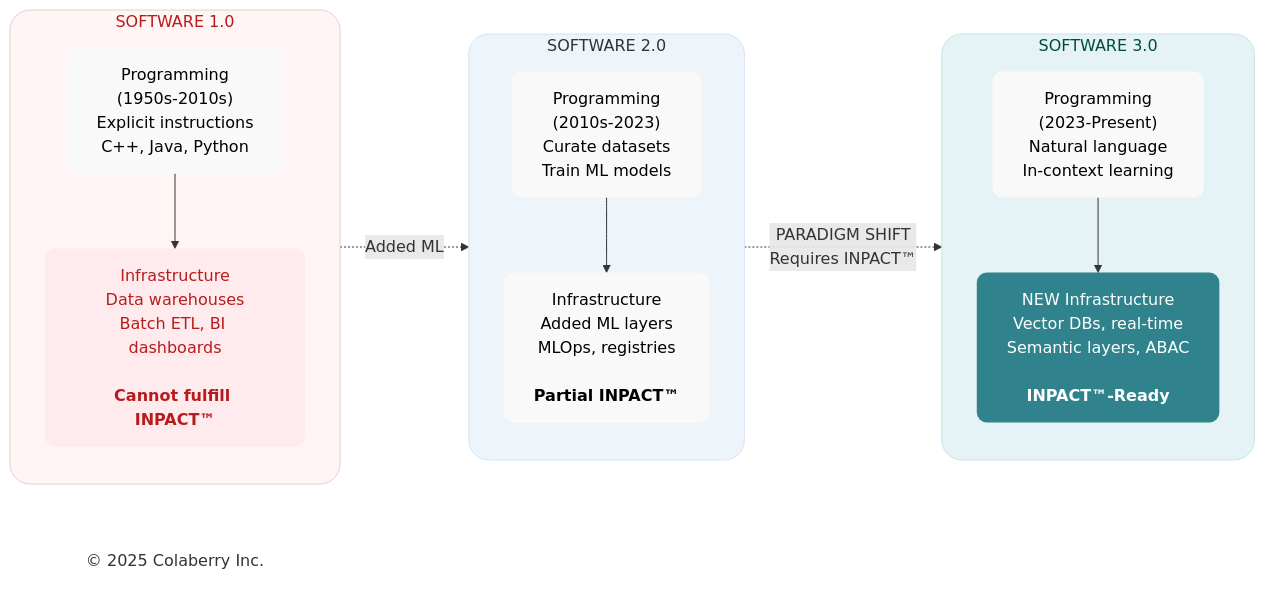
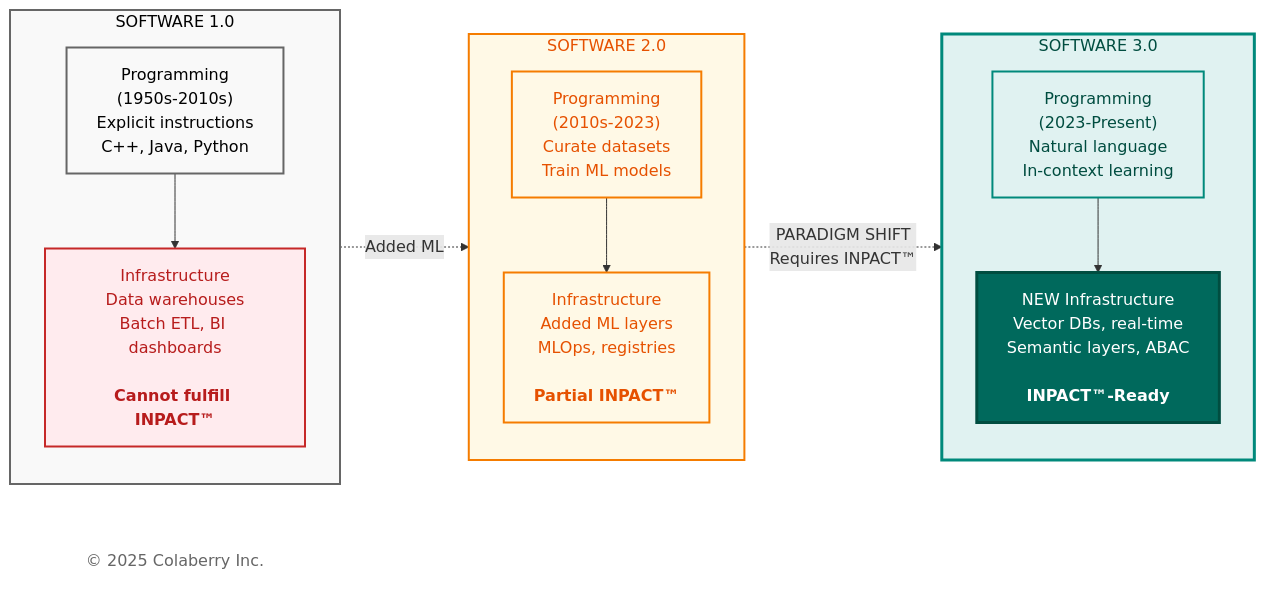
The third of 6 diagrams in manuscript/02_chapter_1_why_agents_fail.md (saitejesh-cyber/trust-before-intelligence-book), drawn with Mermaid before and after one commit. The commit also changed other lines of this file and 12 other files, not shown here.

Commit message:
Restore legacy Mermaid styles for Option 1

````diff
--- a/manuscript/02_chapter_1_why_agents_fail.md
+++ b/manuscript/02_chapter_1_why_agents_fail.md
@@ -409,39 +408,38 @@
 ```mermaid
 
 graph LR
     subgraph sw1["SOFTWARE 1.0"]
         direction TB
         prog1["Programming<br/>(1950s-2010s)<br/>Explicit instructions<br/>C++, Java, Python"]
         infra1["Infrastructure<br/>Data warehouses<br/>Batch ETL, BI dashboards<br/><br/><b>Cannot fulfill INPACT™"</b>]
         prog1 --> infra1
     end
     subgraph sw2["SOFTWARE 2.0"]
         direction TB
         prog2["Programming<br/>(2010s-2023)<br/>Curate datasets<br/>Train ML models"]
         infra2["Infrastructure<br/>Added ML layers<br/>MLOps, registries<br/><br/><b>Partial INPACT™"</b>]
         prog2 --> infra2
     end
     subgraph sw3["SOFTWARE 3.0"]
         direction TB
         prog3["Programming<br/>(2023-Present)<br/>Natural language<br/>In-context learning"]
         infra3["NEW Infrastructure<br/>Vector DBs, real-time<br/>Semantic layers, ABAC<br/><br/><b>INPACT™-Ready</b>"]
         prog3 --> infra3
     end
     sw1 -.->|"Added ML"| sw2
     sw2 -.->|"PARADIGM SHIFT<br/>Requires INPACT™"| sw3
     
     Copyright["© 2025 Colaberry Inc."]
-
-    %% SOFTWARE 1.0 — FAILURE / BI-ERA
-    style sw1 fill:#fff5f5,stroke:#f2caca,stroke-width:1px,color:#b71c1c,rx:20,ry:20
-    style infra1 fill:#ffebee,stroke:none,color:#b71c1c,rx:10,ry:10
-    style prog1 fill:#f9f9f9,stroke:none,color:#000000,rx:10,ry:10
-    style sw2 fill:#edf4fa,stroke:#d6e4f2,stroke-width:1px,color:#333333,rx:20,ry:20
-    style prog2 fill:#f9f9f9,stroke:none,color:#000000,rx:10,ry:10
-    style infra2 fill:#f9f9f9,stroke:none,color:#000000,rx:10,ry:10
-    style sw3 fill:#e6f3f6,stroke:#c7e3ea,stroke-width:1px,color:#004d40,rx:20,ry:20
-    style prog3 fill:#f9f9f9,stroke:none,color:#000000,rx:10,ry:10
-    style infra3 fill:#30838C,stroke:none,color:#ffffff,rx:10,ry:10
-    style Copyright fill:none,stroke:none,color:#333333
+    
+    style sw1 fill:#f9f9f9,stroke:#666666,stroke-width:2px,color:#000000
+    style sw2 fill:#fff9e6,stroke:#f57c00,stroke-width:2px,color:#e65100
+    style sw3 fill:#e0f2f1,stroke:#00897b,stroke-width:3px,color:#004d40
+    style prog1 fill:#f9f9f9,stroke:#666666,stroke-width:2px,color:#000000
+    style infra1 fill:#ffebee,stroke:#c62828,stroke-width:2px,color:#b71c1c
+    style prog2 fill:#fff9e6,stroke:#f57c00,stroke-width:2px,color:#e65100
+    style infra2 fill:#fff9e6,stroke:#f57c00,stroke-width:2px,color:#e65100
+    style prog3 fill:#e0f2f1,stroke:#00897b,stroke-width:2px,color:#004d40
+    style infra3 fill:#00695c,color:#ffffff,stroke:#004d40,stroke-width:3px
+    style Copyright fill:#ffffff,stroke:none,color:#666666
 
 ```
````
